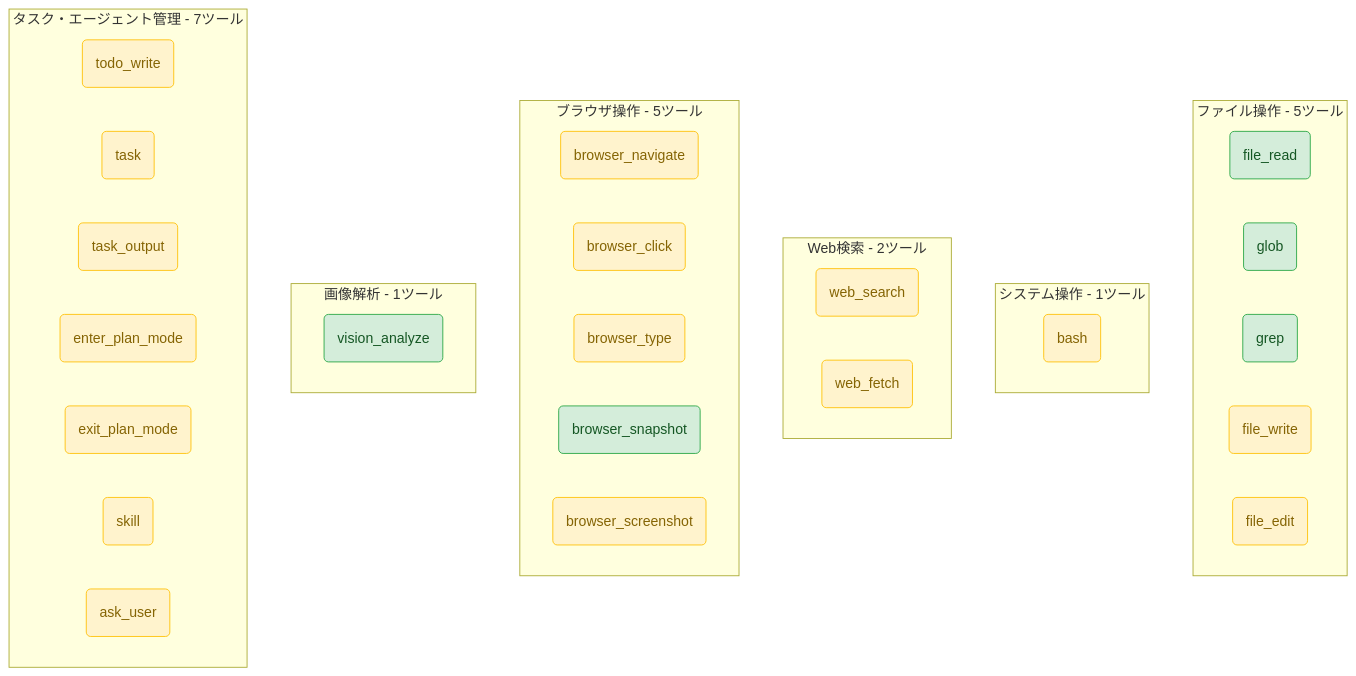
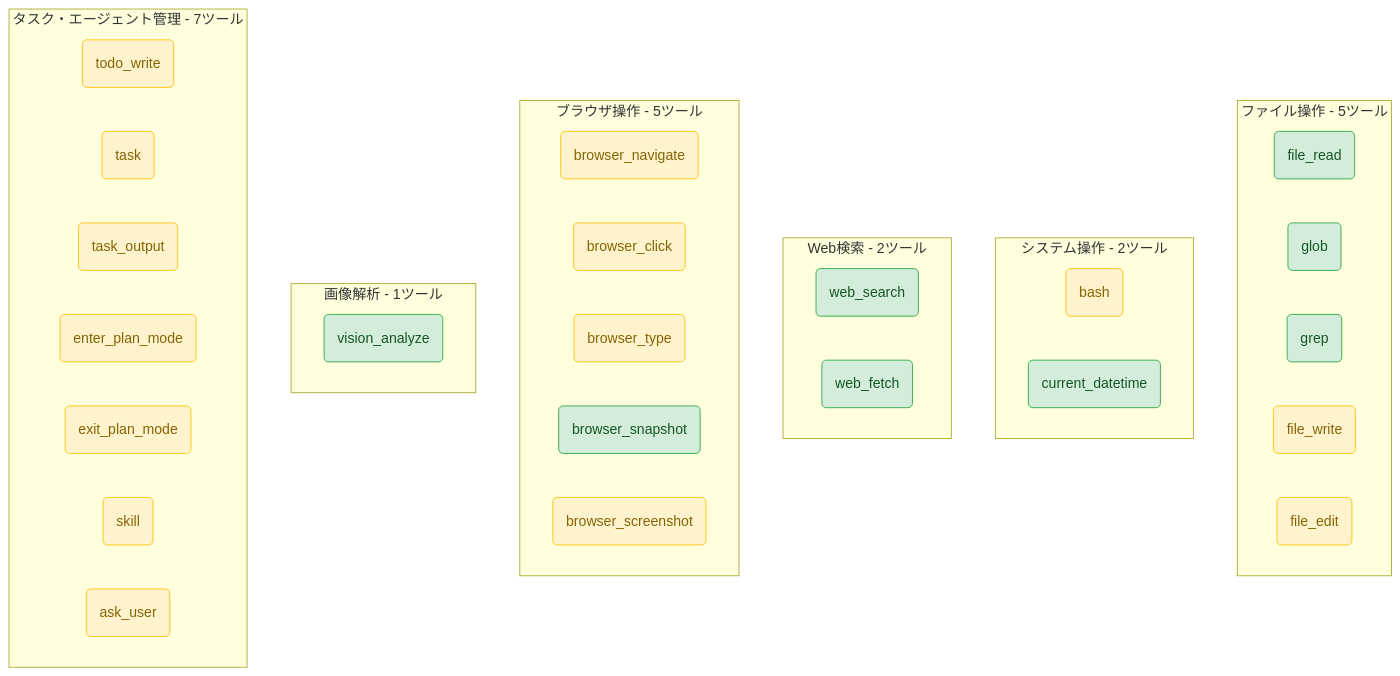
One commit to t2k2pp/lllmAgents changed the fourth of 5 diagrams in docs/external_design.md. Above: the diagram before and after it, drawn with Mermaid. The commit also changed other lines of this file and 10 other files, not shown here.

````diff
--- a/docs/external_design.md
+++ b/docs/external_design.md
@@ -137,44 +177,45 @@
 ```mermaid
 graph TD
     classDef safe fill:#d4edda,stroke:#28a745,color:#155724;
     classDef ask fill:#fff3cd,stroke:#ffc107,color:#856404;
 
     subgraph Filesystem [ファイル操作 - 5ツール]
         F1(file_read):::safe
         F2(glob):::safe
         F3(grep):::safe
         F4(file_write):::ask
         F5(file_edit):::ask
     end
 
-    subgraph System [システム操作 - 1ツール]
+    subgraph System [システム操作 - 2ツール]
         S1(bash):::ask
+        S2(current_datetime):::safe
     end
 
     subgraph Web [Web検索 - 2ツール]
-        W1(web_search):::ask
-        W2(web_fetch):::ask
+        W1(web_search):::safe
+        W2(web_fetch):::safe
     end
 
     subgraph Browser [ブラウザ操作 - 5ツール]
         B1(browser_navigate):::ask
         B2(browser_click):::ask
         B3(browser_type):::ask
         B4(browser_snapshot):::safe
         B5(browser_screenshot):::ask
     end
 
     subgraph Vision [画像解析 - 1ツール]
         V1(vision_analyze):::safe
     end
 
     subgraph AgentTools [タスク・エージェント管理 - 7ツール]
         A1(todo_write):::ask
         A2(task):::ask
         A3(task_output):::ask
         A4(enter_plan_mode):::ask
         A5(exit_plan_mode):::ask
         A6(skill):::ask
         A7(ask_user):::ask
     end
 ```
````
